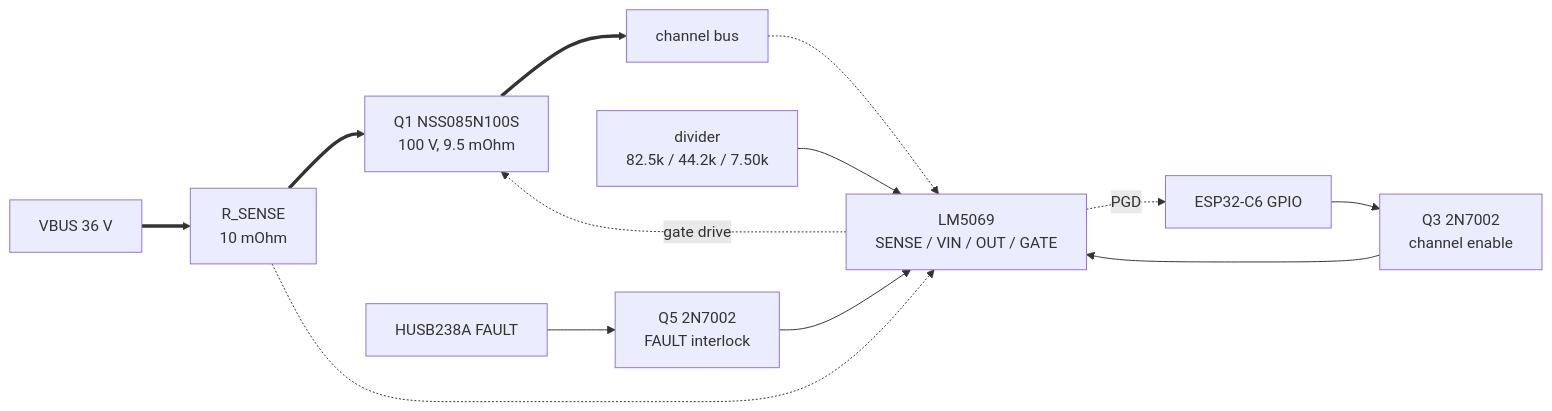
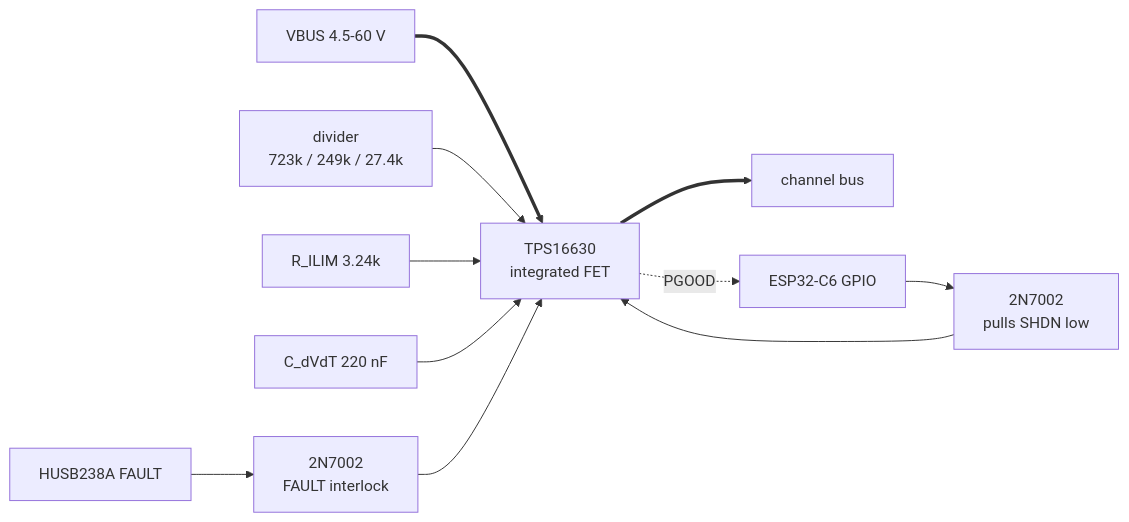
The fourth of 4 diagrams in designs/led-matrix-controller/README.md (lucsoft/pcb-design), drawn with Mermaid before and after one commit. The commit also changed other lines of this file and 18 other files, not shown here.

````diff
--- a/designs/led-matrix-controller/README.md
+++ b/designs/led-matrix-controller/README.md
@@ -694,15 +691,13 @@
 ```mermaid
 flowchart LR
-  VBUS[VBUS 36 V] ==> RS["R_SENSE<br/>10 mOhm"]
-  RS ==> Q["Q1 NSS085N100S<br/>100 V, 9.5 mOhm"]
-  Q ==> OUTN[channel bus]
-  U["LM5069<br/>SENSE / VIN / OUT / GATE"] -. gate drive .-> Q
-  RS -.-> U
-  OUTN -.-> U
-  DIV["divider<br/>82.5k / 44.2k / 7.50k"] --> U
-  MCU[ESP32-C6 GPIO] --> QE["Q3 2N7002<br/>channel enable"]
-  FLT[HUSB238A FAULT] --> QF["Q5 2N7002<br/>FAULT interlock"]
+  VBUS[VBUS 4.5-60 V] ==> U["TPS16630<br/>integrated FET"]
+  U ==> OUTN[channel bus]
+  DIV["divider<br/>723k / 249k / 27.4k"] --> U
+  RIL["R_ILIM 3.24k"] --> U
+  CDV["C_dVdT 220 nF"] --> U
+  MCU[ESP32-C6 GPIO] --> QE["2N7002<br/>pulls SHDN low"]
+  FLT[HUSB238A FAULT] --> QF["2N7002<br/>FAULT interlock"]
   QE --> U
   QF --> U
-  U -. PGD .-> MCU
+  U -. PGOOD .-> MCU
 ```
````
